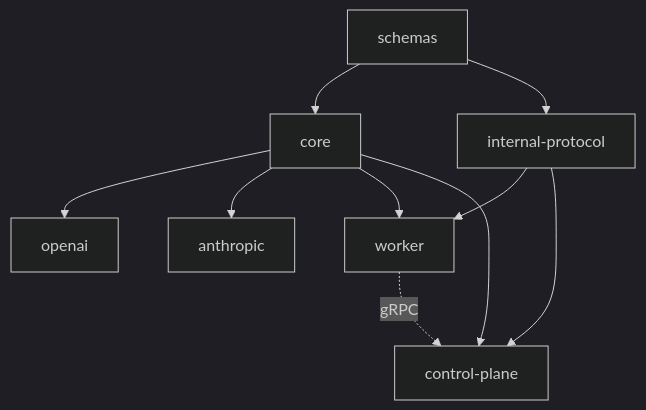
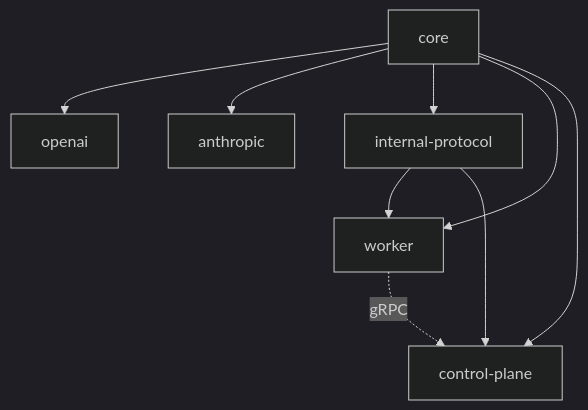
Before and after one commit to everruns/everruns: the second of 3 diagrams in specs/architecture.md, drawn with Mermaid (dark theme). The commit also changed other lines of this file and 17 other files, not shown here.

First line of the commit message:
refactor: eliminate schemas crate, consolidate into core

````diff
--- a/specs/architecture.md
+++ b/specs/architecture.md
@@ -65,20 +64,18 @@
 ```mermaid
 graph TD
-    schemas[schemas]
     core[core]
     openai[openai]
     anthropic[anthropic]
     protocol[internal-protocol]
     worker[worker]
     cp[control-plane]
 
-    schemas --> core
-    schemas --> protocol
     core --> openai
     core --> anthropic
+    core --> protocol
     core --> worker
     protocol --> worker
     protocol --> cp
     core --> cp
     worker -.->|gRPC| cp
 ```
````
